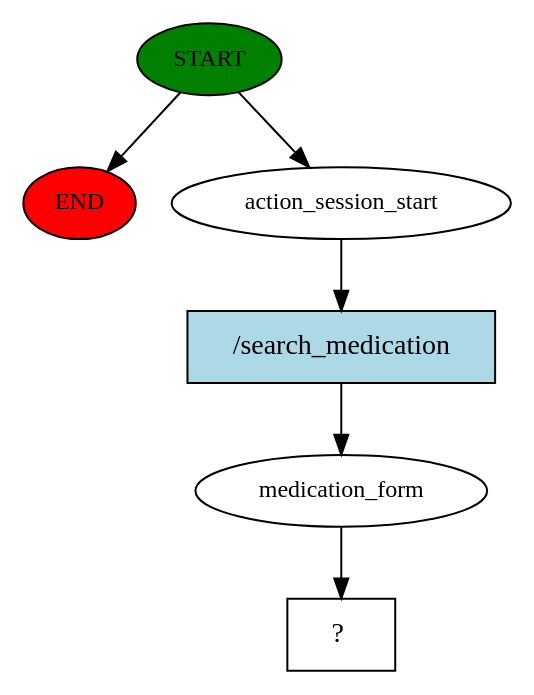
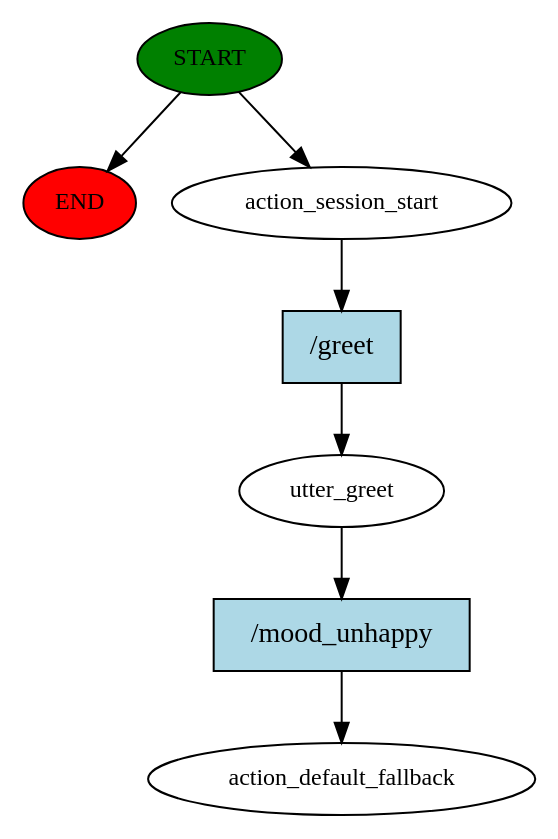
One commit to mushroom8ge/meds-chatbot changed the diagram in rasa_dev/story_graph.dot. Above: the diagram before and after it, drawn with Graphviz. The commit also changed 365 other files, not shown here.

```diff
--- a/rasa_dev/story_graph.dot
+++ b/rasa_dev/story_graph.dot
@@ -1,13 +1,15 @@
 digraph  {
 0 [class="start active", fillcolor=green, fontsize=12, label=START, style=filled];
 "-1" [class=end, fillcolor=red, fontsize=12, label=END, style=filled];
 1 [class=active, fontsize=12, label=action_session_start];
-2 [class=active, fontsize=12, label=medication_form];
-3 [class="intent dashed active", label="  ?  ", shape=rect];
-4 [class="intent active", fillcolor=lightblue, label="/search_medication", shape=rect, style=filled];
+2 [class=active, fontsize=12, label=utter_greet];
+3 [class="dashed active", fontsize=12, label=action_default_fallback];
+4 [class="intent active", fillcolor=lightblue, label="/greet", shape=rect, style=filled];
+5 [class="intent active", fillcolor=lightblue, label="/mood_unhappy", shape=rect, style=filled];
 0 -> "-1"  [class="", key=NONE, label=""];
 0 -> 1  [class=active, key=NONE, label=""];
 1 -> 4  [class=active, key=0];
-2 -> 3  [class=active, key=NONE, label=""];
+2 -> 5  [class=active, key=0];
 4 -> 2  [class=active, key=0];
+5 -> 3  [class=active, key=0];
 }
```
